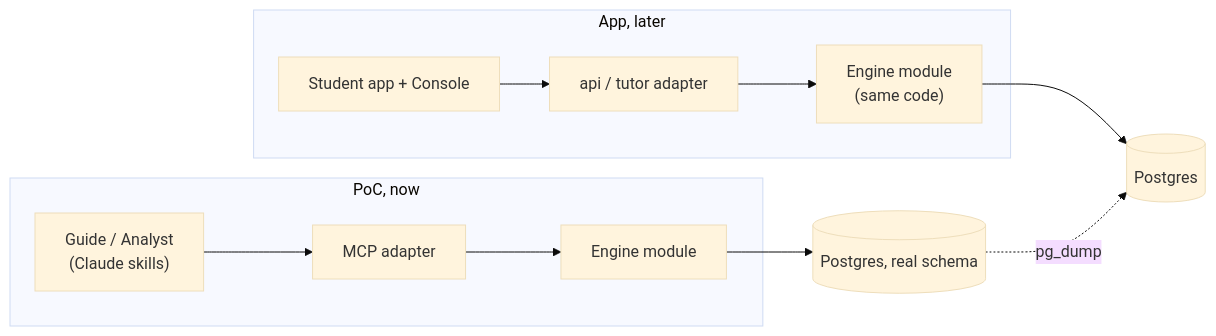
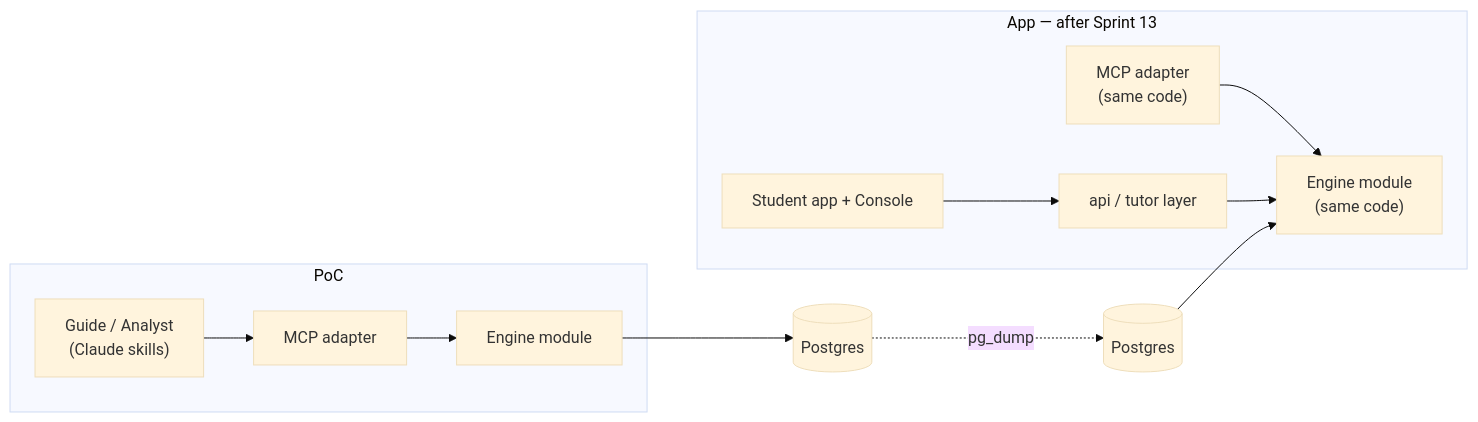
Before and after one commit to stemolly/wiki: the second of 3 diagrams in src/content/docs/product/mvp-poc/poc-design.md, drawn with Mermaid (base theme). The commit also changed other lines of this file and 57 other files, not shown here.

````diff
--- a/src/content/docs/product/mvp-poc/poc-design.md
+++ b/src/content/docs/product/mvp-poc/poc-design.md
@@ -66,12 +66,15 @@
 ```mermaid
 flowchart LR
-    subgraph poc["PoC, now"]
-        GA["Guide / Analyst<br/>(Claude skills)"] --> MCP["MCP adapter"] --> ENG["Engine module"]
+    subgraph poc["PoC"]
+        GA["Guide / Analyst<br/>(Claude skills)"] --> MCP["MCP adapter"]
+        MCP --> ENG["Engine module"]
     end
-    subgraph app["App, later"]
-        UI["Student app + Console"] --> API["api / tutor adapter"] --> ENG2["Engine module<br/>(same code)"]
+    subgraph app["App — after Sprint 13"]
+        UI["Student app + Console"] --> API["api / tutor layer"]
+        MCPA["MCP adapter<br/>(same code)"] --> ENG2["Engine module<br/>(same code)"]
+        API --> ENG2
     end
-    ENG --> DB[("Postgres, real schema")]
-    ENG2 --> DB2[("Postgres")]
-    DB -.->|"pg_dump"| DB2
+    ENG --> DB[("Postgres")]
+    DB -.->|"pg_dump"| DB2[("Postgres")]
+    DB2 --> ENG2
 ```
````
